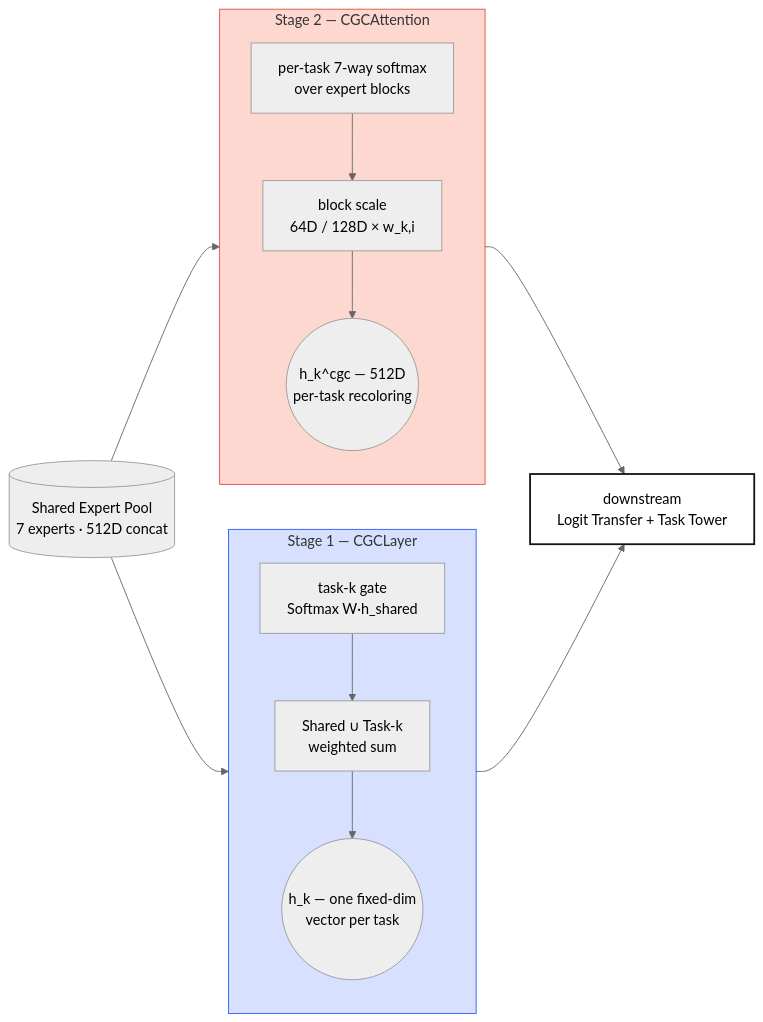
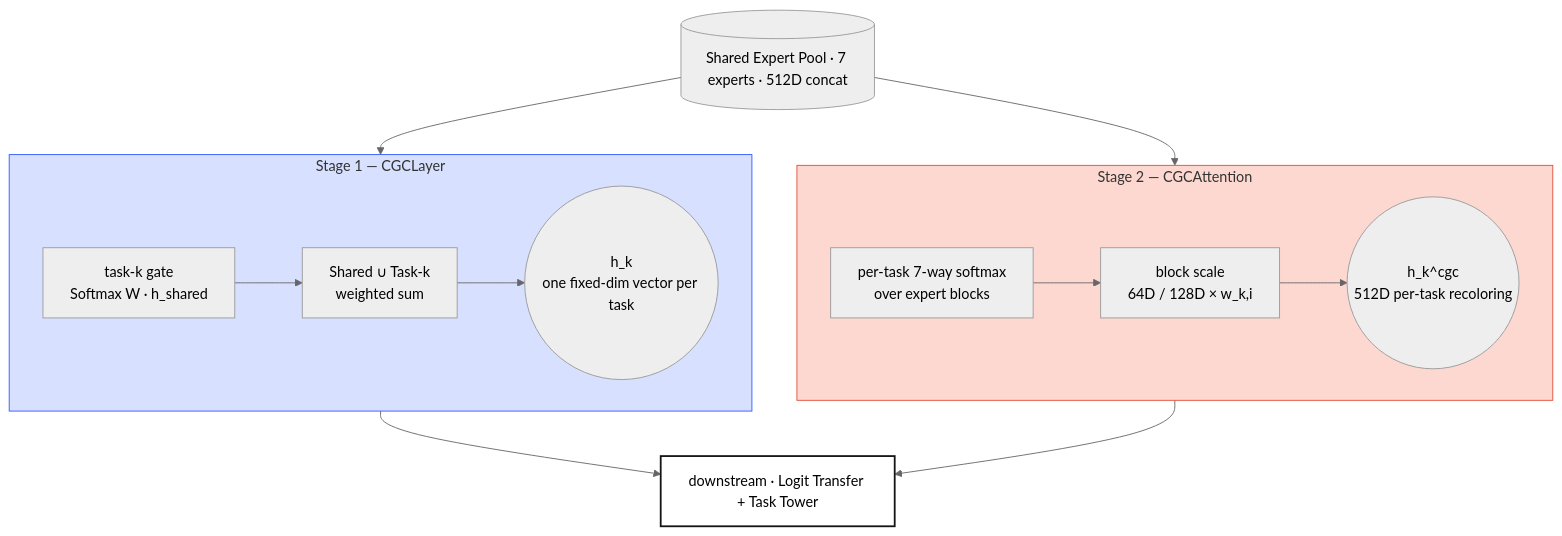
The first of 2 diagrams in src/content/posts/2026-04-19-ple-4-cgc-hmm-routing-en.md (bluethestyle/bluethestyle.github.io), drawn with Mermaid (neutral theme) before and after one commit. The commit also changed other lines of this file and 1 other file, not shown here.

First line of the commit message:
viz(ple-4): flip Mermaid flowcharts LR→TB + heatmap legend parity

````diff
--- a/src/content/posts/2026-04-19-ple-4-cgc-hmm-routing-en.md
+++ b/src/content/posts/2026-04-19-ple-4-cgc-hmm-routing-en.md
@@ -35,25 +35,25 @@
 ```mermaid
-flowchart LR
-  input[(Shared Expert Pool<br/>7 experts · 512D concat)]
+flowchart TB
+  input[(Shared Expert Pool · 7 experts · 512D concat)]
   input --> stage1
   input --> stage2
   subgraph stage1 [Stage 1 — CGCLayer]
-    direction TB
-    s1a[task-k gate<br/>Softmax W·h_shared]
+    direction LR
+    s1a[task-k gate<br/>Softmax W · h_shared]
     s1b[Shared ∪ Task-k<br/>weighted sum]
-    s1c((h_k — one fixed-dim<br/>vector per task))
+    s1c((h_k<br/>one fixed-dim vector per task))
     s1a --> s1b --> s1c
   end
   subgraph stage2 [Stage 2 — CGCAttention]
-    direction TB
+    direction LR
     s2a[per-task 7-way softmax<br/>over expert blocks]
     s2b[block scale<br/>64D / 128D × w_k,i]
-    s2c((h_k^cgc — 512D<br/>per-task recoloring))
+    s2c((h_k^cgc<br/>512D per-task recoloring))
     s2a --> s2b --> s2c
   end
-  s1c --> ds[downstream<br/>Logit Transfer + Task Tower]
-  s2c --> ds
+  stage1 --> ds[downstream · Logit Transfer + Task Tower]
+  stage2 --> ds
   style stage1 fill:#D8E0FF,stroke:#2E5BFF
   style stage2 fill:#FDD8D1,stroke:#E14F3A
   style ds fill:#FFFFFF,stroke:#141414,stroke-width:2px
 ```
````
